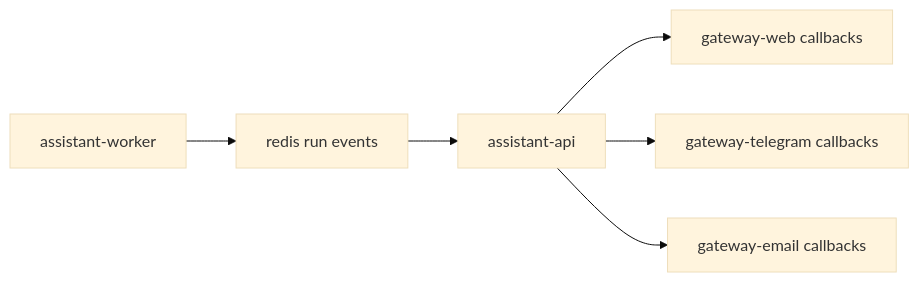
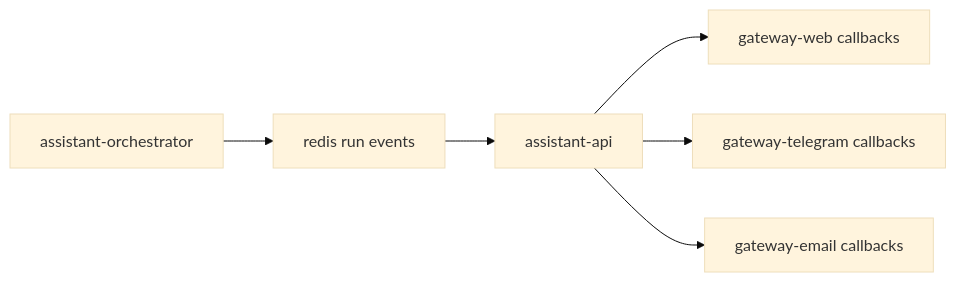
The diagram in docs/architecture/callback-flow.md (vinitu/my-concierge), drawn with Mermaid (base theme) before and after one commit. The commit also changed other lines of this file and 195 other files, not shown here.

First line of the commit message:
refactor: update application modules and remove assistant-worker

````diff
--- a/docs/architecture/callback-flow.md
+++ b/docs/architecture/callback-flow.md
@@ -19,8 +19,8 @@
 ```mermaid
 flowchart LR
-    Worker["assistant-worker"] --> Events["redis run events"]
+    Worker["assistant-orchestrator"] --> Events["redis run events"]
     Events --> API["assistant-api"]
     API --> Web["gateway-web callbacks"]
     API --> Telegram["gateway-telegram callbacks"]
     API --> Email["gateway-email callbacks"]
 ```
````
